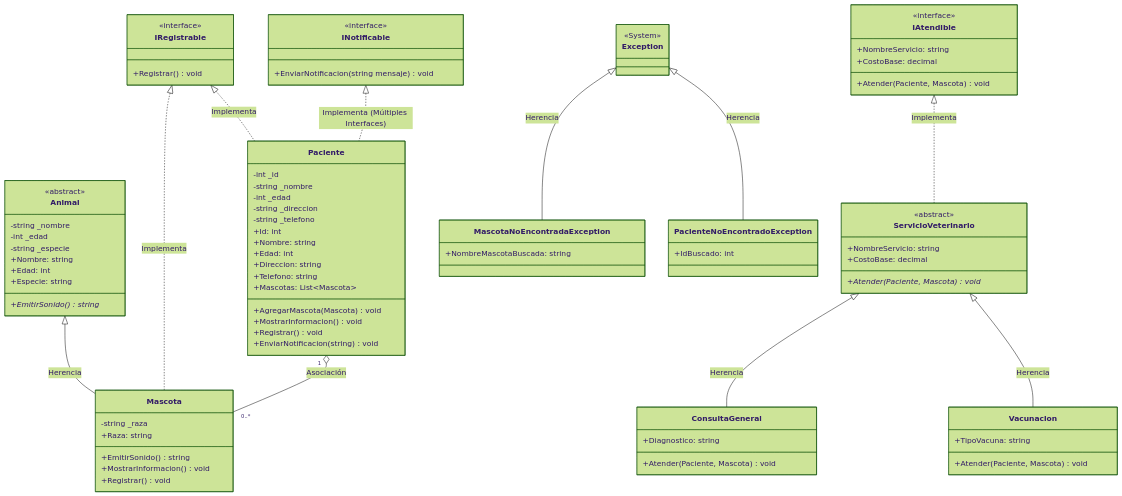
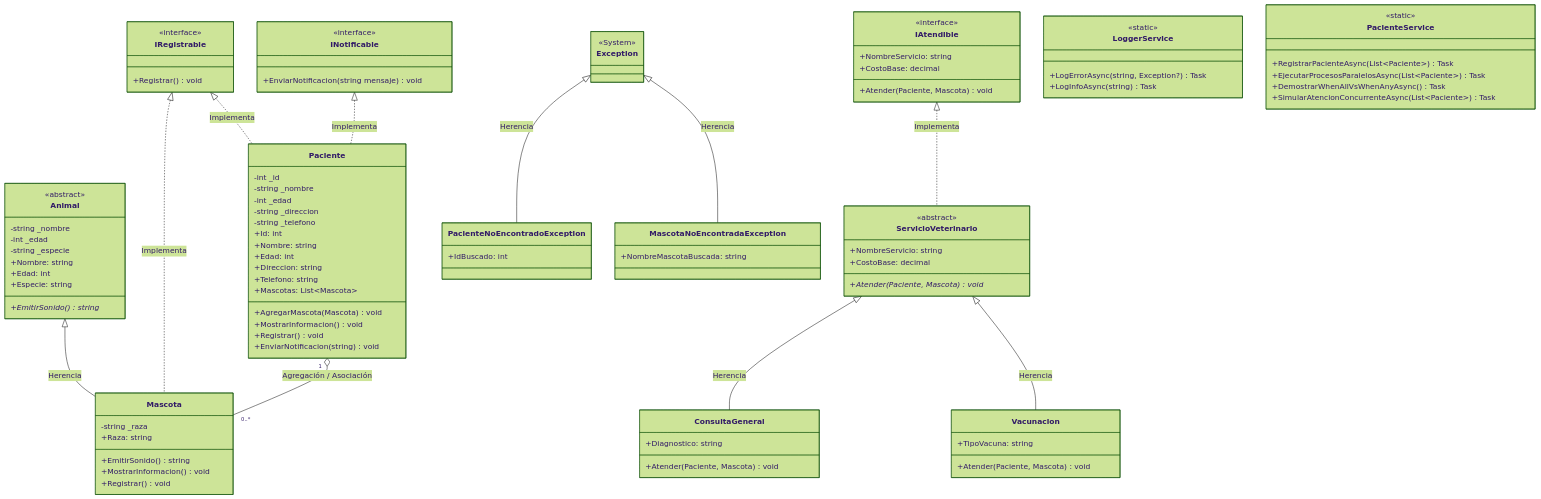
One commit to Esthercita-Factory/Pachecoedgardo2006-ClinicaMascotas changed the diagram in README.md. Above: the diagram before and after it, drawn with Mermaid (forest theme). The commit also changed other lines of this file and 6 other files, not shown here.

Commit message:
Semana 5: Programación asíncrona (async/await, Task.WhenAll, Task.WhenAny) y convenciones

````diff
--- a/README.md
+++ b/README.md
@@ -81,24 +81,38 @@
         <<System>>
     }
 
+    class PacienteNoEncontradoException {
+        +IdBuscado: int
+    }
+
     class MascotaNoEncontradaException {
         +NombreMascotaBuscada: string
     }
 
-    class PacienteNoEncontradoException {
-        +IdBuscado: int
+    class LoggerService {
+        <<static>>
+        +LogErrorAsync(string, Exception?) Task
+        +LogInfoAsync(string) Task
     }
 
-    %% Relaciones de herencia e interfaces
+    class PacienteService {
+        <<static>>
+        +RegistrarPacienteAsync(List~Paciente~) Task
+        +EjecutarProcesosParalelosAsync(List~Paciente~) Task
+        +DemostrarWhenAllVsWhenAnyAsync() Task
+        +SimularAtencionConcurrenteAsync(List~Paciente~) Task
+    }
+
     Animal <|-- Mascota : Herencia
     IRegistrable <|.. Mascota : Implementa
     IRegistrable <|.. Paciente : Implementa
-    INotificable <|.. Paciente : Implementa (Múltiples Interfaces)
-    Paciente "1" o-- "0..*" Mascota : Asociación
+    INotificable <|.. Paciente : Implementa
+    Paciente "1" o-- "0..*" Mascota : Agregación / Asociación
+    
     IAtendible <|.. ServicioVeterinario : Implementa
     ServicioVeterinario <|-- ConsultaGeneral : Herencia
     ServicioVeterinario <|-- Vacunacion : Herencia
 
+    Exception <|-- PacienteNoEncontradoException : Herencia
     Exception <|-- MascotaNoEncontradaException : Herencia
-    Exception <|-- PacienteNoEncontradoException : Herencia
 ```
````
